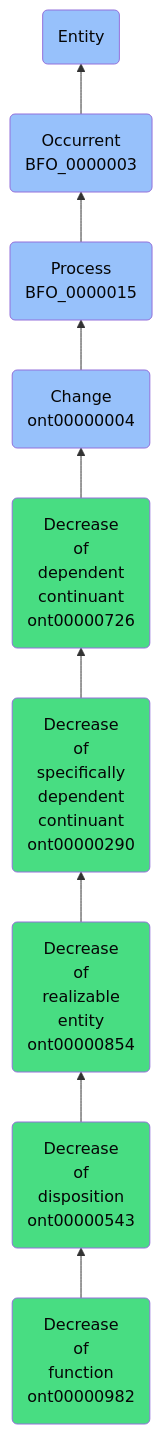
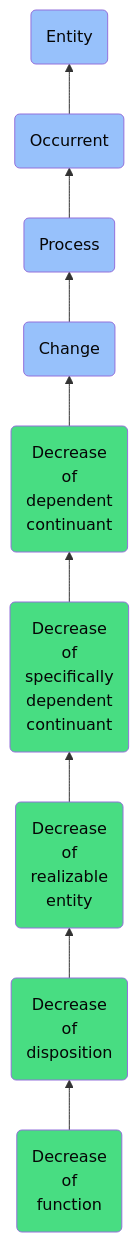
Before and after one commit to jupyter-naas/abi: the diagram in docs/ontology/reference/model/Entity/Occurrent/Process/Change/Decrease of dependent continuant/Decrease of specifically dependent continuant/Decrease of realizable entity/Decrease of disposition/Decrease of function/Decrease of function.md, drawn with Mermaid. The commit also changed other lines of this file and 1430 other files, not shown here.

````diff
--- a/docs/ontology/reference/model/Entity/Occurrent/Process/Change/Decrease of dependent continuant/Decrease of specifically dependent continuant/Decrease of realizable entity/Decrease of disposition/Decrease of function/Decrease of function.md
+++ b/docs/ontology/reference/model/Entity/Occurrent/Process/Change/Decrease of dependent continuant/Decrease of specifically dependent continuant/Decrease of realizable entity/Decrease of disposition/Decrease of function/Decrease of function.md
@@ -24,16 +24,16 @@
 ```mermaid
 graph BT
-    ont00000982(Decrease<br>of<br>function<br>ont00000982):::ABI-->ont00000543
-    ont00000543(Decrease<br>of<br>disposition<br>ont00000543):::ABI-->ont00000854
-    ont00000854(Decrease<br>of<br>realizable<br>entity<br>ont00000854):::ABI-->ont00000290
-    ont00000290(Decrease<br>of<br>specifically<br>dependent<br>continuant<br>ont00000290):::ABI-->ont00000726
-    ont00000726(Decrease<br>of<br>dependent<br>continuant<br>ont00000726):::ABI-->ont00000004
-    ont00000004(Change<br>ont00000004):::BFO-->BFO_0000015
-    BFO_0000015(Process<br>BFO_0000015):::BFO-->BFO_0000003
-    BFO_0000003(Occurrent<br>BFO_0000003):::BFO-->BFO_0000001
+    ont00000982(Decrease<br>of<br>function):::ABI-->ont00000543
+    ont00000543(Decrease<br>of<br>disposition):::ABI-->ont00000854
+    ont00000854(Decrease<br>of<br>realizable<br>entity):::ABI-->ont00000290
+    ont00000290(Decrease<br>of<br>specifically<br>dependent<br>continuant):::ABI-->ont00000726
+    ont00000726(Decrease<br>of<br>dependent<br>continuant):::ABI-->ont00000004
+    ont00000004(Change):::BFO-->BFO_0000015
+    BFO_0000015(Process):::BFO-->BFO_0000003
+    BFO_0000003(Occurrent):::BFO-->BFO_0000001
     BFO_0000001(Entity):::BFO
     
     classDef BFO fill:#97c1fb,color:#060606
     classDef CCO fill:#e4c51e,color:#060606
     classDef ABI fill:#48DD82,color:#060606
 ```
````
